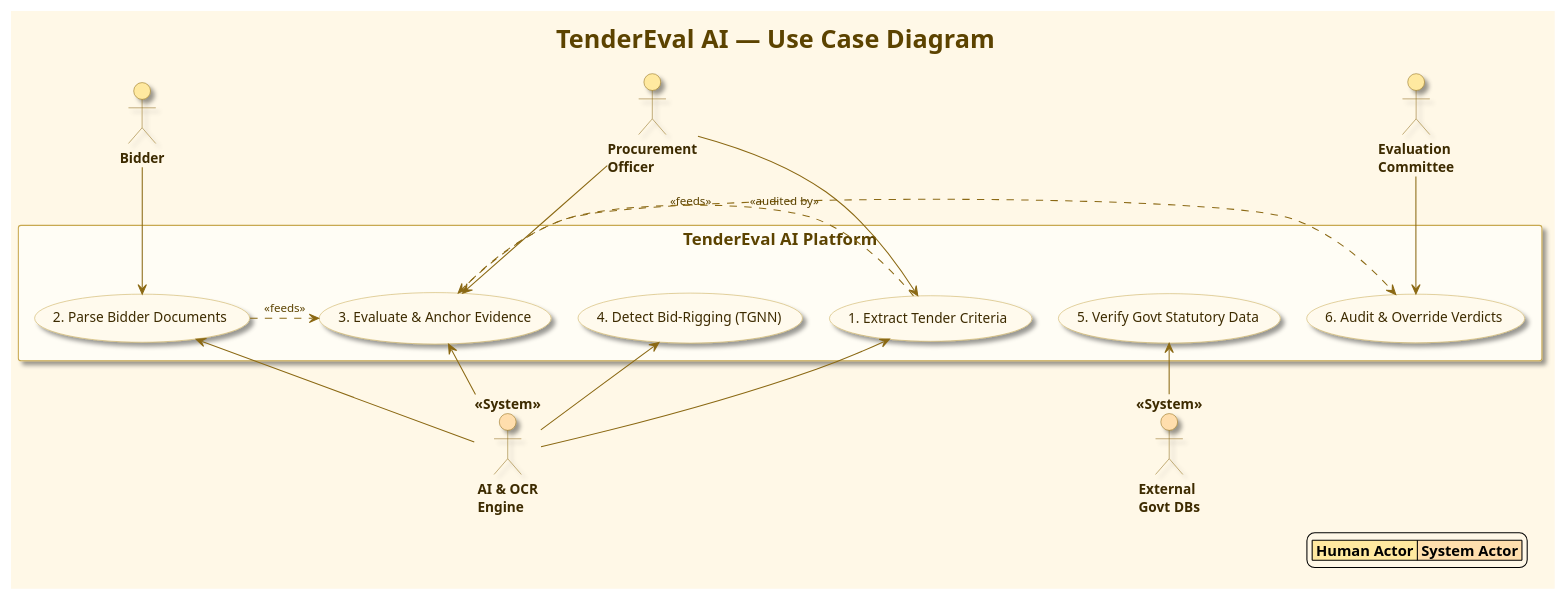
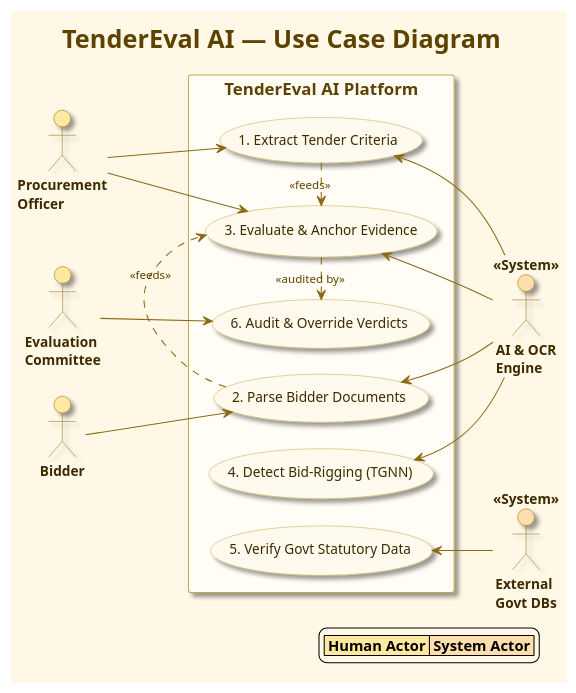
Before and after one commit to ozhh5o5/TenderEval-AI: the diagram in docs/usecase-diagram.puml, drawn with PlantUML.

Commit message:
Make use case diagram horizontal

```diff
--- a/docs/usecase-diagram.puml
+++ b/docs/usecase-diagram.puml
@@ -1,82 +1,83 @@
 @startuml TenderEval_AI_UseCaseDiagram
 
 ' ── Page & Theme Settings (16:9 PPT) ──
 skinparam pageMargin 10
 skinparam shadowing true
 skinparam handwritten false
 skinparam defaultFontName "Segoe UI"
 skinparam defaultFontSize 14
 
-' Force extreme compactness
+' Force extreme compactness & horizontal layout
+left to right direction
 skinparam nodesep 25
-skinparam ranksep 30
+skinparam ranksep 40
 
 ' ── Golden Theme ──
 skinparam backgroundColor #FFF8E7
 skinparam usecaseBackgroundColor #FFFAED
 skinparam usecaseBorderColor #C8A951
 skinparam usecaseFontColor #3D2B00
 skinparam usecaseFontSize 13
 
 skinparam actorBorderColor #8B6914
 skinparam actorBackgroundColor #FFE9A0
 skinparam actorFontColor #3D2B00
 skinparam actorFontSize 13
 skinparam actorFontStyle bold
 
 skinparam rectangleBorderColor #C8A951
 skinparam rectangleBackgroundColor #FFFDF5
 skinparam rectangleFontColor #5C4300
 skinparam rectangleFontSize 16
 skinparam rectangleFontStyle bold
 
 skinparam arrowColor #8B6914
 skinparam arrowFontColor #5C4300
 skinparam arrowFontSize 11
 
 ' ── Title ──
 title <size:24><b><color:#5C4300>TenderEval AI — Use Case Diagram</color></b></size>
 
 ' ── System Boundary ──
 rectangle "TenderEval AI Platform" as SYS {
   usecase "1. Extract Tender Criteria" as UC1
   usecase "2. Parse Bidder Documents" as UC2
   usecase "3. Evaluate & Anchor Evidence" as UC3
   usecase "4. Detect Bid-Rigging (TGNN)" as UC4
   usecase "5. Verify Govt Statutory Data" as UC5
   usecase "6. Audit & Override Verdicts" as UC6
 }
 
 ' ── Human Actors (Left) ──
 actor "Procurement\nOfficer" as PO #FFE9A0
 actor "Evaluation\nCommittee" as EC #FFE9A0
 actor "Bidder" as BD #FFE9A0
 
 ' ── System Actors (Right) ──
 actor "AI & OCR\nEngine" as AI <<System>> #FFDEAD
 actor "External\nGovt DBs" as GOV <<System>> #FFDEAD
 
 ' ── Relationships ──
 PO --> UC1
 PO --> UC3
 EC --> UC6
 BD --> UC2
 
 UC1 <-- AI
 UC2 <-- AI
 UC3 <-- AI
 UC4 <-- AI
 
 UC5 <-- GOV
 
 ' Connections between Use Cases to show flow
 UC1 .> UC3 : <<feeds>>
 UC2 .> UC3 : <<feeds>>
 UC3 .> UC6 : <<audited by>>
 
 ' ── Legend ──
 legend bottom right
   |<#FFE9A0> <b>Human Actor</b> | <#FFDEAD> <b>System Actor</b> |
 endlegend
 
 @enduml
```
